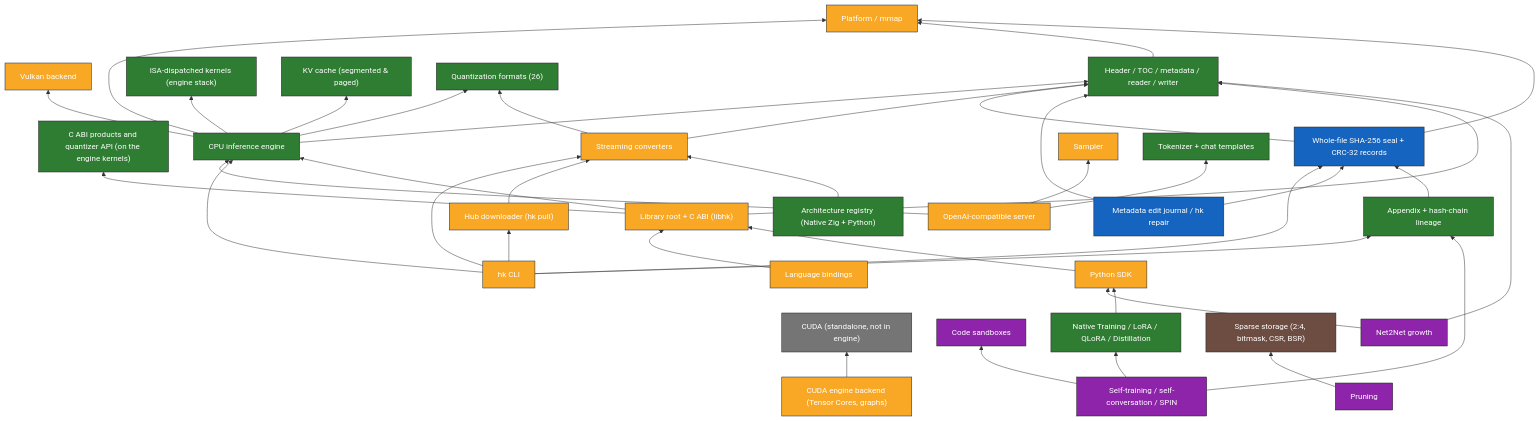
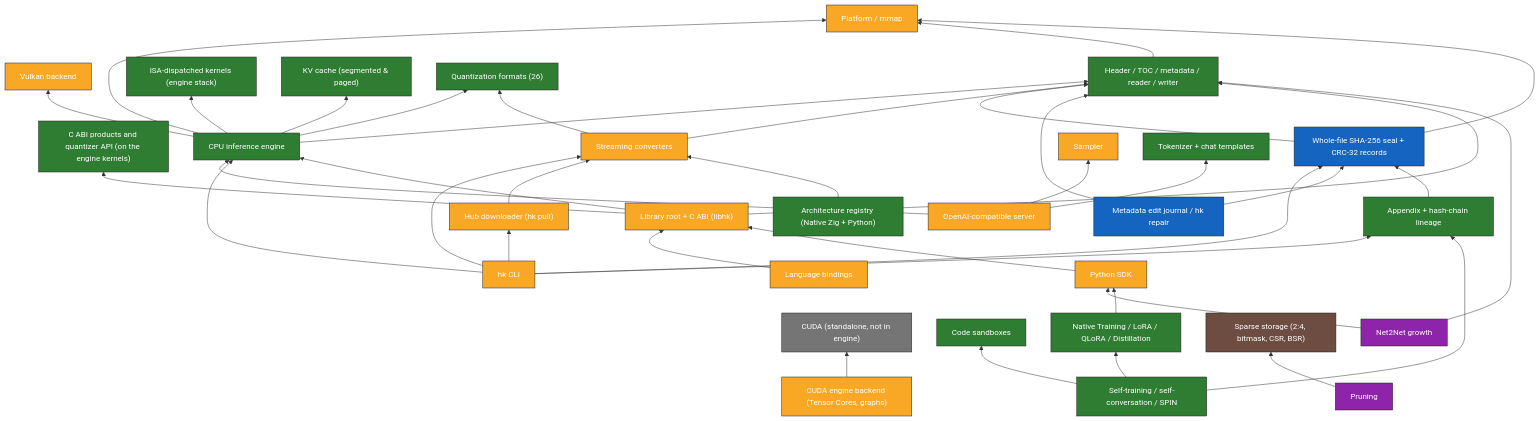
The second of 5 diagrams in docs/graph/GRAPH.md (harshitkhandelwal208/hk), drawn with Mermaid before and after one commit. The commit also changed other lines of this file and 10 other files, not shown here.

Commit message:
research: self-play SPIN optimization, hardened execution sandbox, and autonomous curriculum pipeline (plan §32-§35, §150)

````diff
--- a/docs/graph/GRAPH.md
+++ b/docs/graph/GRAPH.md
@@ -95,77 +95,77 @@
 ```mermaid
 flowchart BT
   n_appendix_lineage["Appendix + hash-chain lineage"]:::done
   n_architecture_registry["Architecture registry (Native Zig + Python)"]:::done
   n_backend_cuda_engine["CUDA engine backend (Tensor Cores, graphs)"]:::partial
   n_backend_cuda_standalone["CUDA (standalone, not in engine)"]:::legacy
   n_backend_vulkan["Vulkan backend"]:::partial
   n_bindings["Language bindings"]:::partial
   n_c_abi["Library root + C ABI (libhk)"]:::partial
   n_c_abi_ops["C ABI products and quantizer API (on the engine kernels)"]:::done
   n_cli["hk CLI"]:::partial
-  n_code_sandbox["Code sandboxes"]:::prototype
+  n_code_sandbox["Code sandboxes"]:::done
   n_converters["Streaming converters"]:::partial
   n_engine["CPU inference engine"]:::done
   n_format_core["Header / TOC / metadata / reader / writer"]:::done
   n_growth["Net2Net growth"]:::prototype
   n_hub_pull["Hub downloader (hk pull)"]:::partial
   n_integrity["Whole-file SHA-256 seal + CRC-32 records"]:::in_progress
   n_kernels_engine["ISA-dispatched kernels (engine stack)"]:::done
   n_kv_cache["KV cache (segmented & paged)"]:::done
   n_platform_mmap["Platform / mmap"]:::partial
   n_pruning["Pruning"]:::prototype
   n_python_sdk["Python SDK"]:::partial
   n_quant_formats["Quantization formats (26)"]:::done
   n_sampler["Sampler"]:::partial
-  n_self_training["Self-training / self-conversation / SPIN"]:::prototype
+  n_self_training["Self-training / self-conversation / SPIN"]:::done
   n_server["OpenAI-compatible server"]:::partial
   n_sparsity_storage["Sparse storage (2:4, bitmask, CSR, BSR)"]:::storage_only
   n_tokenizer["Tokenizer + chat templates"]:::done
   n_trainer["Native Training / LoRA / QLoRA / Distillation"]:::done
   n_transaction["Metadata edit journal / hk repair"]:::in_progress
   n_engine --> n_kernels_engine
   n_engine --> n_quant_formats
   n_engine --> n_kv_cache
   n_engine --> n_format_core
   n_engine --> n_backend_vulkan
   n_engine --> n_platform_mmap
   n_server --> n_engine
   n_server --> n_sampler
   n_server --> n_tokenizer
   n_cli --> n_engine
   n_cli --> n_hub_pull
   n_cli --> n_converters
   n_cli --> n_appendix_lineage
   n_cli --> n_integrity
   n_hub_pull --> n_converters
   n_converters --> n_format_core
   n_converters --> n_quant_formats
   n_format_core --> n_platform_mmap
   n_integrity --> n_format_core
   n_integrity --> n_platform_mmap
   n_transaction --> n_integrity
   n_transaction --> n_format_core
   n_appendix_lineage --> n_integrity
   n_c_abi --> n_c_abi_ops
   n_c_abi --> n_format_core
   n_c_abi --> n_engine
   n_bindings --> n_c_abi
   n_python_sdk --> n_c_abi
   n_architecture_registry --> n_converters
   n_growth --> n_format_core
   n_growth --> n_python_sdk
   n_trainer --> n_python_sdk
   n_self_training --> n_trainer
   n_self_training --> n_code_sandbox
   n_self_training --> n_appendix_lineage
   n_pruning --> n_sparsity_storage
   n_backend_cuda_engine --> n_backend_cuda_standalone
   classDef done fill:#2e7d32,stroke:#222,color:#fff;
   classDef partial fill:#f9a825,stroke:#222,color:#fff;
   classDef in_progress fill:#1565c0,stroke:#222,color:#fff;
   classDef prototype fill:#8e24aa,stroke:#222,color:#fff;
   classDef storage_only fill:#6d4c41,stroke:#222,color:#fff;
   classDef legacy fill:#757575,stroke:#222,color:#fff;
   classDef untested_hw fill:#ef6c00,stroke:#222,color:#fff;
   classDef not_started fill:#c62828,stroke:#222,color:#fff;
 ```
````
